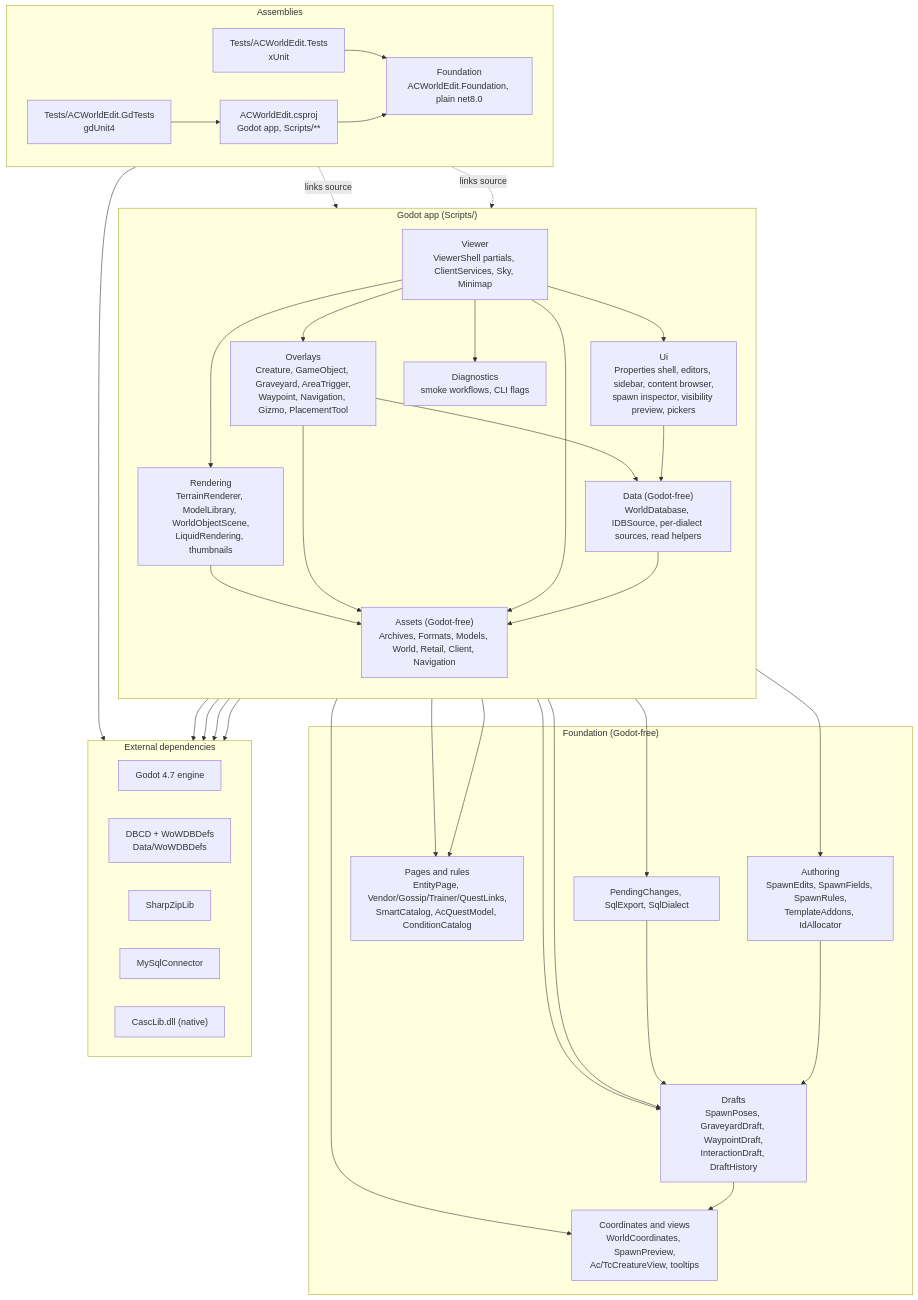
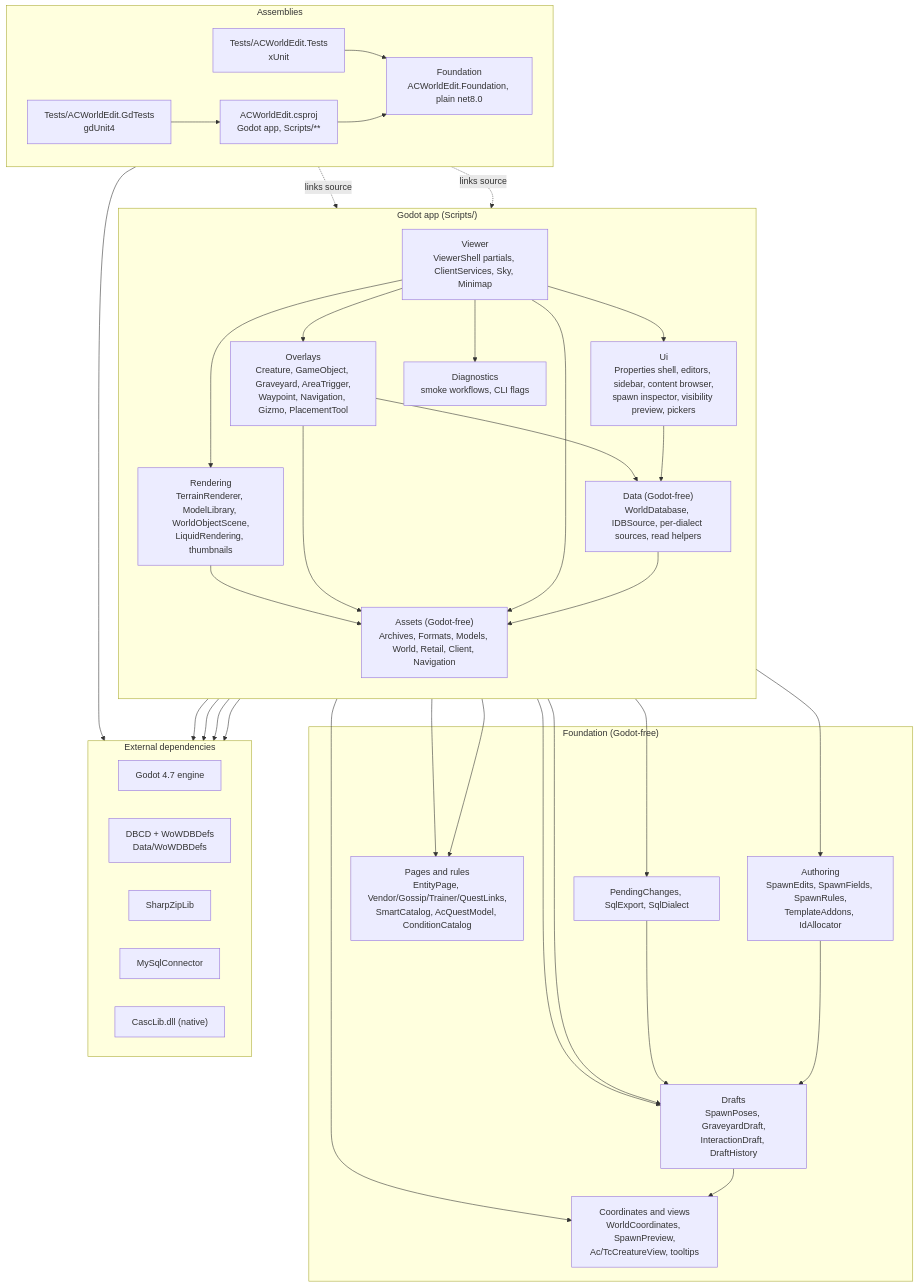
One commit to glitterfartz/ac-world-edit changed the second of 2 diagrams in docs/architecture/overview.md. Above: the diagram before and after it, drawn with Mermaid. The commit also changed 101 other files, not shown here.

````diff
--- a/docs/architecture/overview.md
+++ b/docs/architecture/overview.md
@@ -50,69 +50,69 @@
 ```mermaid
 flowchart TB
     subgraph Assemblies
         direction LR
         app["ACWorldEdit.csproj<br/>Godot app, Scripts/**"]
         fdn["Foundation<br/>ACWorldEdit.Foundation, plain net8.0"]
         tests["Tests/ACWorldEdit.Tests<br/>xUnit"]
         gd["Tests/ACWorldEdit.GdTests<br/>gdUnit4"]
     end
 
     subgraph Godot_app["Godot app (Scripts/)"]
         direction TB
         viewer["Viewer<br/>ViewerShell partials, ClientServices, Sky, Minimap"]
         render["Rendering<br/>TerrainRenderer, ModelLibrary, WorldObjectScene,<br/>LiquidRendering, thumbnails"]
         overlays["Overlays<br/>Creature, GameObject, Graveyard, AreaTrigger,<br/>Waypoint, Navigation, Gizmo, PlacementTool"]
         ui["Ui<br/>Properties shell, editors, sidebar, content browser,<br/>spawn inspector, visibility preview, pickers"]
         diag["Diagnostics<br/>smoke workflows, CLI flags"]
         data["Data (Godot-free)<br/>WorldDatabase, IDBSource, per-dialect sources, read helpers"]
         assets["Assets (Godot-free)<br/>Archives, Formats, Models, World, Retail, Client, Navigation"]
     end
 
     subgraph Shared_logic["Foundation (Godot-free)"]
-        drafts["Drafts<br/>SpawnPoses, GraveyardDraft, WaypointDraft,<br/>InteractionDraft, DraftHistory"]
+        drafts["Drafts<br/>SpawnPoses, GraveyardDraft,<br/>InteractionDraft, DraftHistory"]
         authoring["Authoring<br/>SpawnEdits, SpawnFields, SpawnRules,<br/>TemplateAddons, IdAllocator"]
         pages["Pages and rules<br/>EntityPage, Vendor/Gossip/Trainer/QuestLinks,<br/>SmartCatalog, AcQuestModel, ConditionCatalog"]
         export["PendingChanges, SqlExport, SqlDialect"]
         misc["Coordinates and views<br/>WorldCoordinates, SpawnPreview,<br/>Ac/TcCreatureView, tooltips"]
     end
 
     subgraph External["External dependencies"]
         direction LR
         godot["Godot 4.7 engine"]
         dbcd["DBCD + WoWDBDefs<br/>Data/WoWDBDefs"]
         sharpzip["SharpZipLib"]
         mysql["MySqlConnector"]
         casc["CascLib.dll (native)"]
     end
 
     viewer --> render
     viewer --> overlays
     viewer --> ui
     viewer --> diag
     overlays --> data
     overlays --> drafts
     overlays --> authoring
     ui --> drafts
     ui --> pages
     ui --> data
     viewer --> export
     render --> assets
     overlays --> assets
     viewer --> assets
     data --> assets
     data --> pages
     data --> misc
     drafts --> misc
     authoring --> drafts
     export --> drafts
     app --> godot
     assets --> dbcd
     assets --> sharpzip
     assets --> casc
     data --> mysql
     tests -. links source .-> assets
     tests -. links source .-> data
     tests --> fdn
     gd --> app
     app --> fdn
 ```
````
